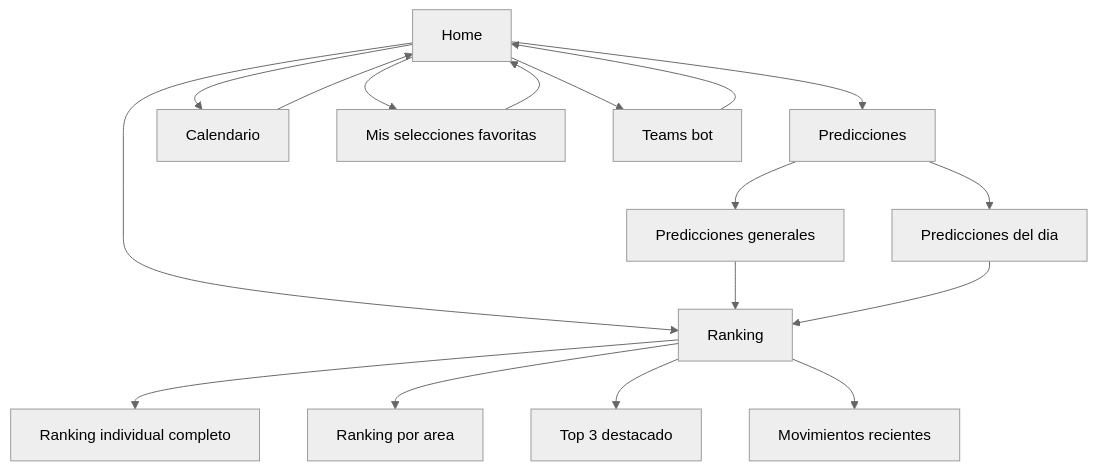
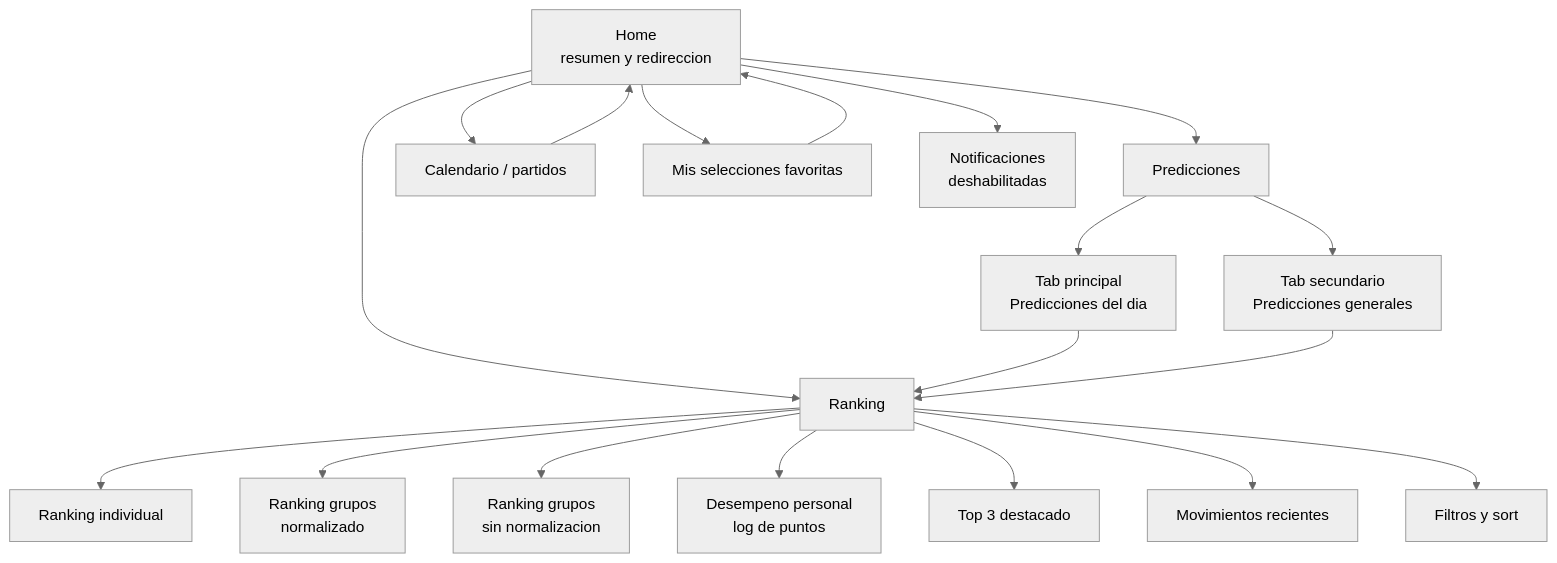
One commit to C3SC0-V4113/ara-world-cup-context-hub changed the diagram in docs/diagrams/home-ranking-navigation.md. Above: the diagram before and after it, drawn with Mermaid (neutral theme). The commit also changed 23 other files, not shown here.

````diff
--- a/docs/diagrams/home-ranking-navigation.md
+++ b/docs/diagrams/home-ranking-navigation.md
@@ -3,21 +3,24 @@
 ```mermaid
 flowchart TD
-  H["Home"] --> P["Predicciones"]
+  H["Home<br/>resumen y redireccion"] --> P["Predicciones"]
   H --> R["Ranking"]
-  H --> C["Calendario"]
+  H --> C["Calendario / partidos"]
   H --> F["Mis selecciones favoritas"]
-  H --> B["Teams bot"]
+  H --> N["Notificaciones<br/>deshabilitadas"]
 
-  P --> PG["Predicciones generales"]
-  P --> PD["Predicciones del dia"]
-  R --> RI["Ranking individual completo"]
-  R --> RA["Ranking por area"]
+  P --> PD["Tab principal<br/>Predicciones del dia"]
+  P --> PG["Tab secundario<br/>Predicciones generales"]
+
+  R --> RI["Ranking individual"]
+  R --> RGN["Ranking grupos<br/>normalizado"]
+  R --> RGB["Ranking grupos<br/>sin normalizacion"]
+  R --> DP["Desempeno personal<br/>log de puntos"]
   R --> T3["Top 3 destacado"]
   R --> M["Movimientos recientes"]
+  R --> FS["Filtros y sort"]
 
   F --> H
+  PD --> R
   PG --> R
-  PD --> R
-  B --> H
   C --> H
 ```
````
